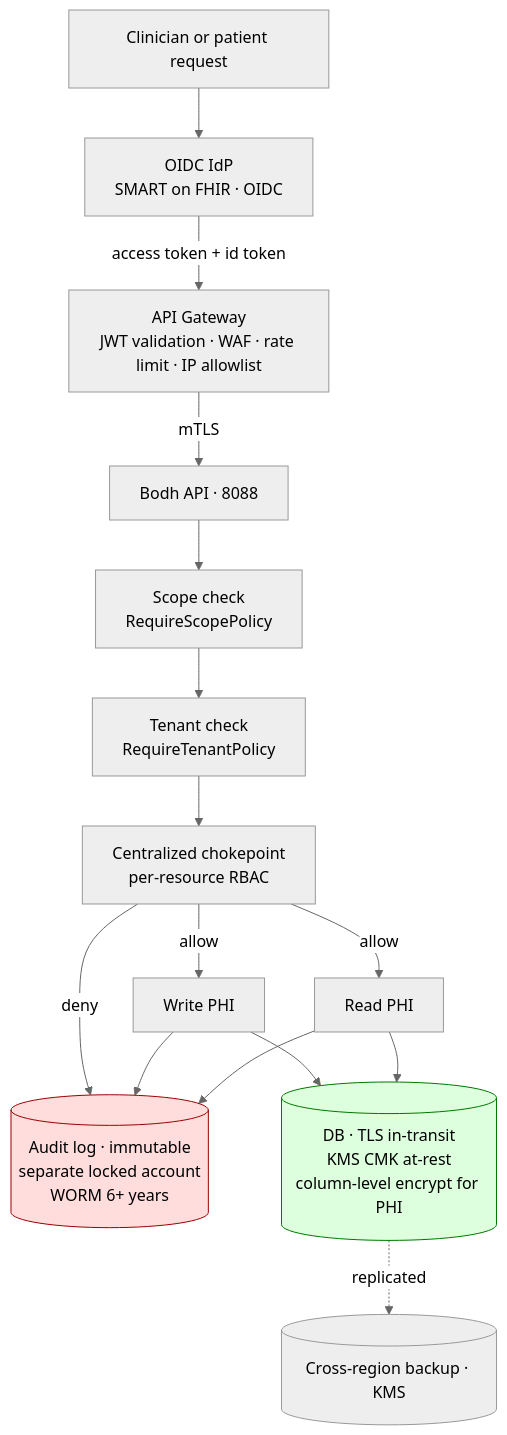
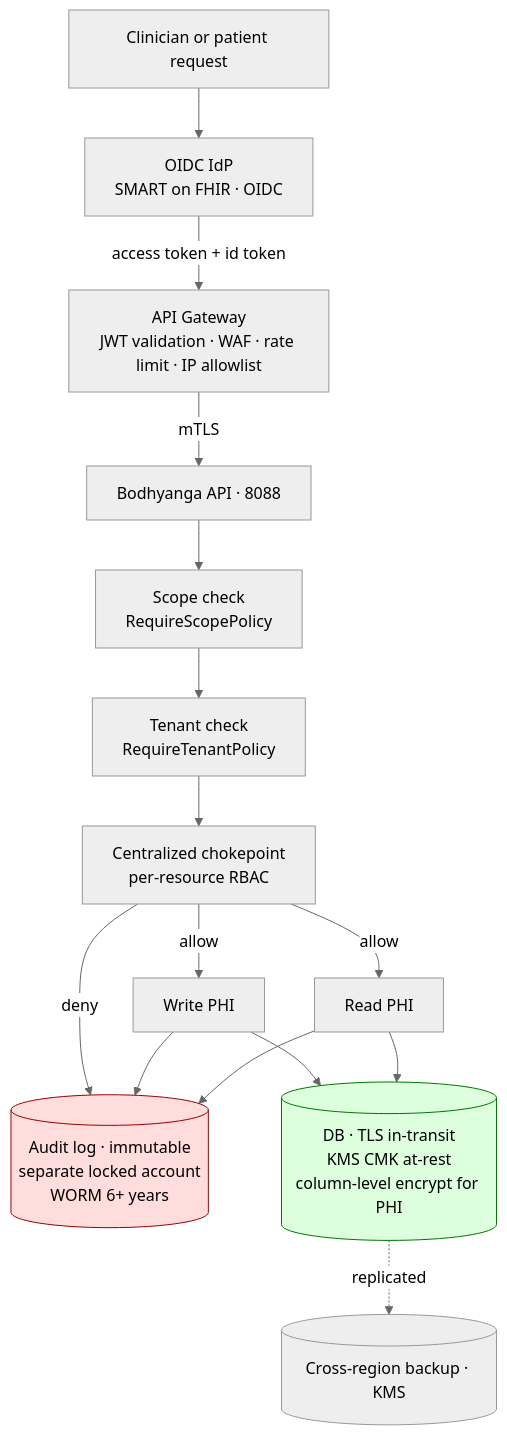
Before and after one commit to PratikDhanave/bodhyanga: diagram 24 of 33 in docs/diagrams.md, drawn with Mermaid (neutral theme). The commit also changed other lines of this file and 672 other files, not shown here.

First line of the commit message:
chore: rename project bodh -> bodhyanga everywhere

````diff
--- a/docs/diagrams.md
+++ b/docs/diagrams.md
@@ -763,20 +763,20 @@
 ```mermaid
 flowchart TB
     User[Clinician or patient request] --> IdP[OIDC IdP<br/>SMART on FHIR · OIDC]
     IdP -->|access token + id token| GW[API Gateway<br/>JWT validation · WAF · rate limit · IP allowlist]
-    GW -->|mTLS| API[Bodh API · 8088]
+    GW -->|mTLS| API[Bodhyanga API · 8088]
     API --> Scope[Scope check<br/>RequireScopePolicy]
     Scope --> Tenant[Tenant check<br/>RequireTenantPolicy]
     Tenant --> Authz[Centralized chokepoint<br/>per-resource RBAC]
     Authz -->|allow| Read[Read PHI]
     Authz -->|allow| Write[Write PHI]
     Read --> AuditL[(Audit log · immutable<br/>separate locked account<br/>WORM 6+ years)]
     Write --> AuditL
     Read --> DB[(DB · TLS in-transit<br/>KMS CMK at-rest<br/>column-level encrypt for PHI)]
     Write --> DB
     DB -.replicated.-> Backup[(Cross-region backup · KMS)]
     Authz -->|deny| AuditL
 
     style AuditL fill:#fdd,stroke:#900
     style DB fill:#dfd,stroke:#070
 ```
````
